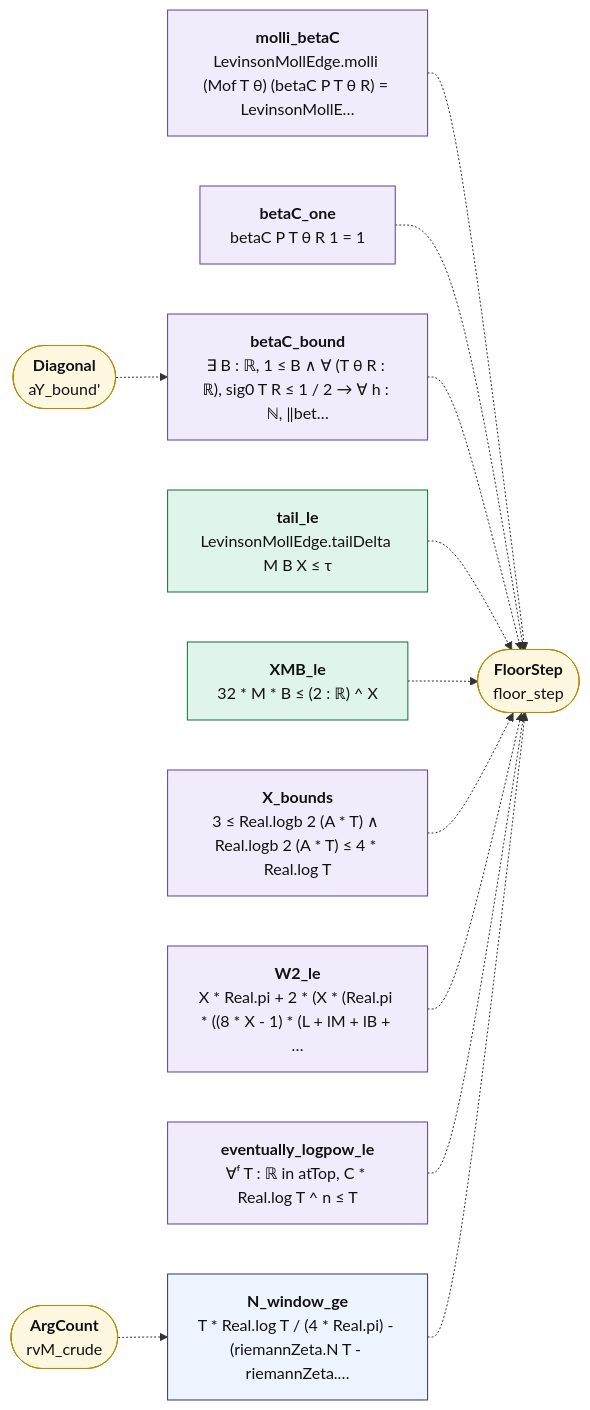
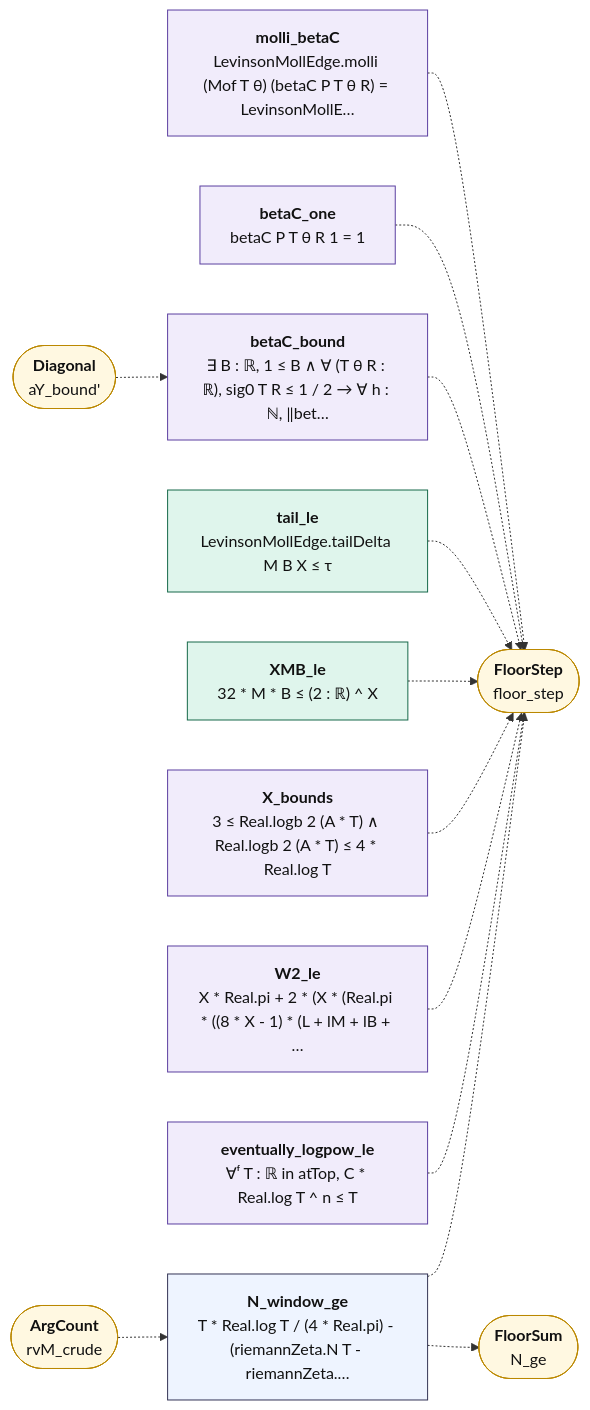
One commit to juliansambranojr/Primebeat_081426 changed the diagram in map/lean_stage3/FloorStepSize.mmd. Above: the diagram before and after it, drawn with Mermaid. The commit also changed 30 other files, not shown here.

```diff
--- a/map/lean_stage3/FloorStepSize.mmd
+++ b/map/lean_stage3/FloorStepSize.mmd
@@ -1,32 +1,34 @@
 flowchart LR
   n0["<b>molli_betaC</b><br/>LevinsonMollEdge.molli (Mof T θ) (betaC P T θ R) = LevinsonMollE…"]:::shp
   n1["<b>betaC_one</b><br/>betaC P T θ R 1 = 1"]:::shp
   n2["<b>betaC_bound</b><br/>∃ B : ℝ, 1 ≤ B ∧ ∀ (T θ R : ℝ), sig0 T R ≤ 1 / 2 → ∀ h : ℕ, ‖bet…"]:::shp
   n3["<b>tail_le</b><br/>LevinsonMollEdge.tailDelta M B X ≤ τ"]:::cnt
   n4["<b>XMB_le</b><br/>32 * M * B ≤ (2 : ℝ) ^ X"]:::cnt
   n5["<b>X_bounds</b><br/>3 ≤ Real.logb 2 (A * T) ∧ Real.logb 2 (A * T) ≤ 4 * Real.log T"]:::shp
   n6["<b>W2_le</b><br/>X * Real.pi + 2 * (X * (Real.pi * ((8 * X - 1) * (L + lM + lB + …"]:::shp
   n7["<b>eventually_logpow_le</b><br/>∀ᶠ T : ℝ in atTop, C * Real.log T ^ n ≤ T"]:::shp
   n8["<b>N_window_ge</b><br/>T * Real.log T / (4 * Real.pi) - (riemannZeta.N T - riemannZeta.…"]:::thm
   x0(["<b>FloorStep</b><br/>floor_step"]):::ext
   x1(["<b>Diagonal</b><br/>aY_bound'"]):::ext
   x2(["<b>ArgCount</b><br/>rvM_crude"]):::ext
+  x3(["<b>FloorSum</b><br/>N_ge"]):::ext
   n0 -.-> x0
   n1 -.-> x0
   n2 -.-> x0
   n3 -.-> x0
   n4 -.-> x0
   n5 -.-> x0
   n6 -.-> x0
   n7 -.-> x0
   n8 -.-> x0
+  n8 -.-> x3
   x1 -.-> n2
   x2 -.-> n8
   classDef cnt fill:#dff5ec,stroke:#17694a,color:#111
   classDef shp fill:#f1ecfb,stroke:#5b3fa0,color:#111
   classDef rh fill:#ffe5e5,stroke:#c22,color:#111,stroke-width:2px
   classDef thm fill:#eef4ff,stroke:#335,color:#111
   classDef end_ fill:#e7f7e7,stroke:#2a7,color:#111,stroke-width:2px
   classDef lone fill:#fff,stroke:#999,color:#111,stroke-dasharray:4 3
   classDef bad fill:#ffe5e5,stroke:#c22,color:#111,stroke-width:2px
   classDef ext fill:#fff8e1,stroke:#b80,color:#111
```
